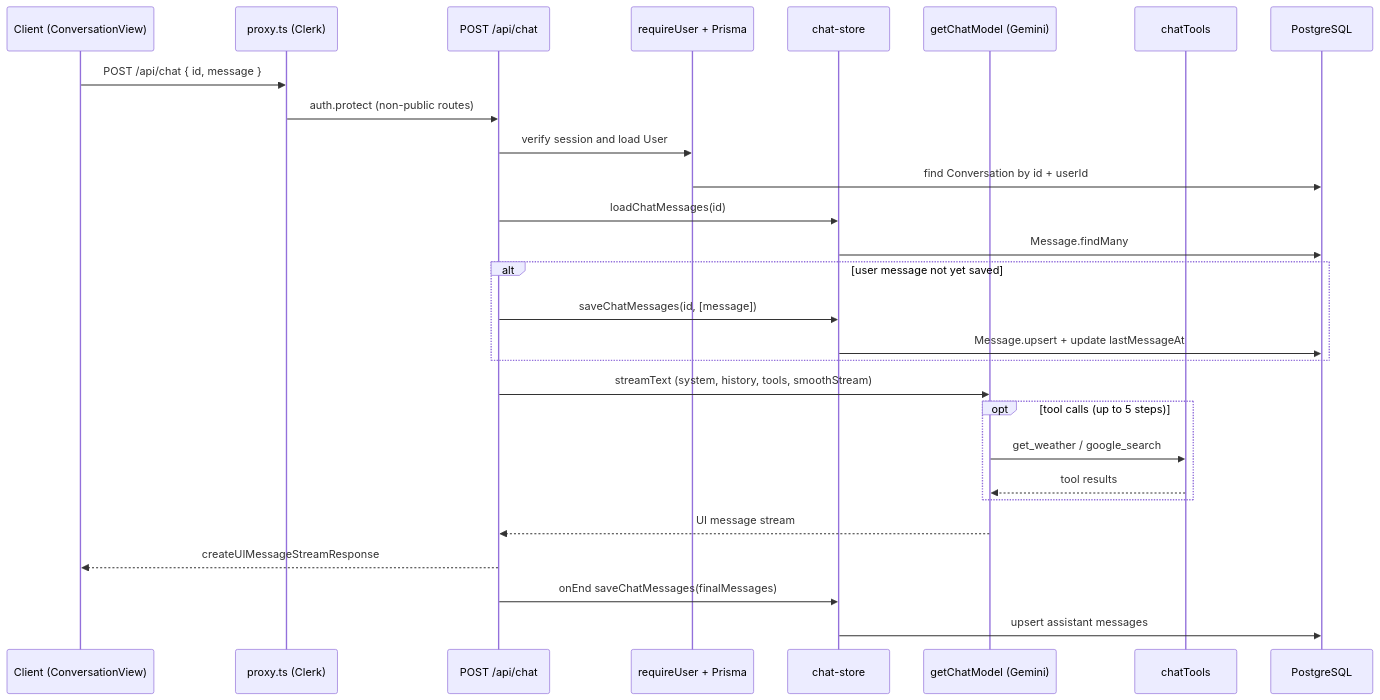
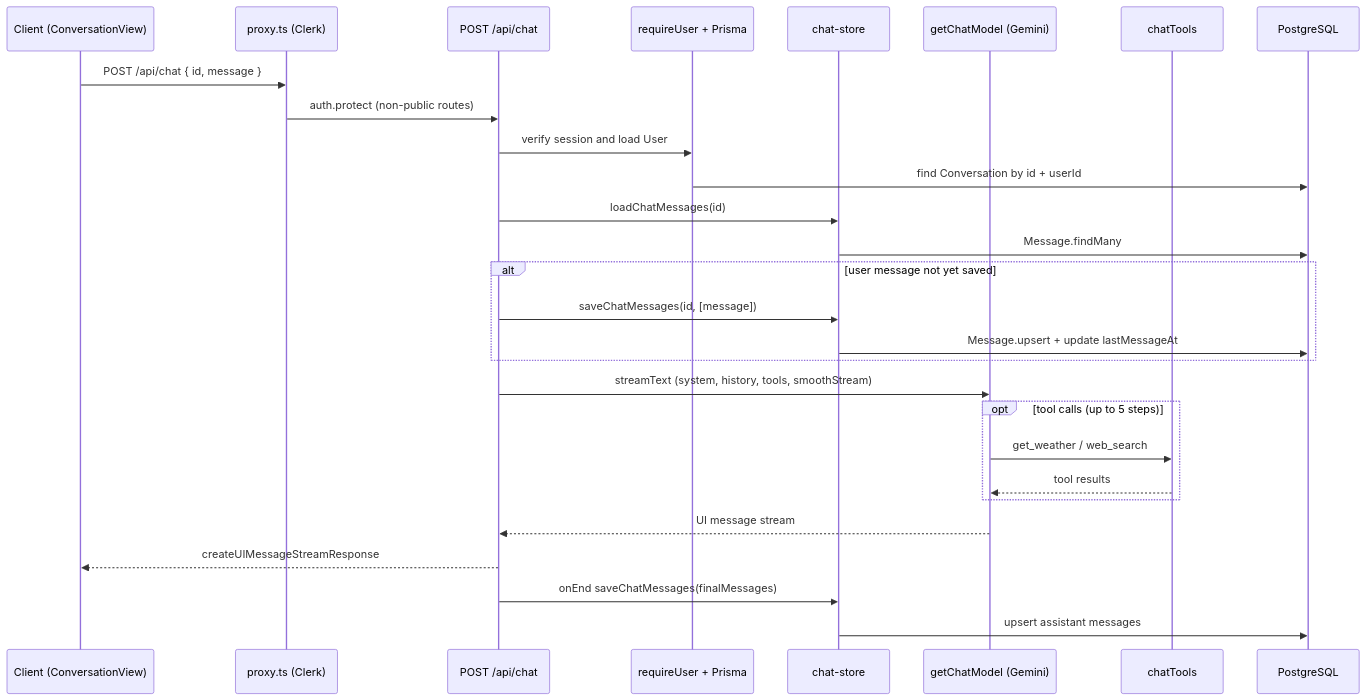
One commit to subhamoydatta703/AskGPT changed the diagram in README.md. Above: the diagram before and after it, drawn with Mermaid. The commit also changed other lines of this file and 4 other files, not shown here.

````diff
--- a/README.md
+++ b/README.md
@@ -34,31 +34,31 @@
 ```mermaid
 sequenceDiagram
     participant Client as Client (ConversationView)
     participant Proxy as proxy.ts (Clerk)
     participant API as POST /api/chat
     participant Auth as requireUser + Prisma
     participant Store as chat-store
     participant Model as getChatModel (Gemini)
     participant Tools as chatTools
     participant DB as PostgreSQL
 
     Client->>Proxy: POST /api/chat { id, message }
     Proxy->>API: auth.protect (non-public routes)
     API->>Auth: verify session and load User
     Auth->>DB: find Conversation by id + userId
     API->>Store: loadChatMessages(id)
     Store->>DB: Message.findMany
     alt user message not yet saved
         API->>Store: saveChatMessages(id, [message])
         Store->>DB: Message.upsert + update lastMessageAt
     end
     API->>Model: streamText (system, history, tools, smoothStream)
     opt tool calls (up to 5 steps)
-        Model->>Tools: get_weather / google_search
+        Model->>Tools: get_weather / web_search
         Tools-->>Model: tool results
     end
     Model-->>API: UI message stream
     API-->>Client: createUIMessageStreamResponse
     API->>Store: onEnd saveChatMessages(finalMessages)
     Store->>DB: upsert assistant messages
 ```
````
